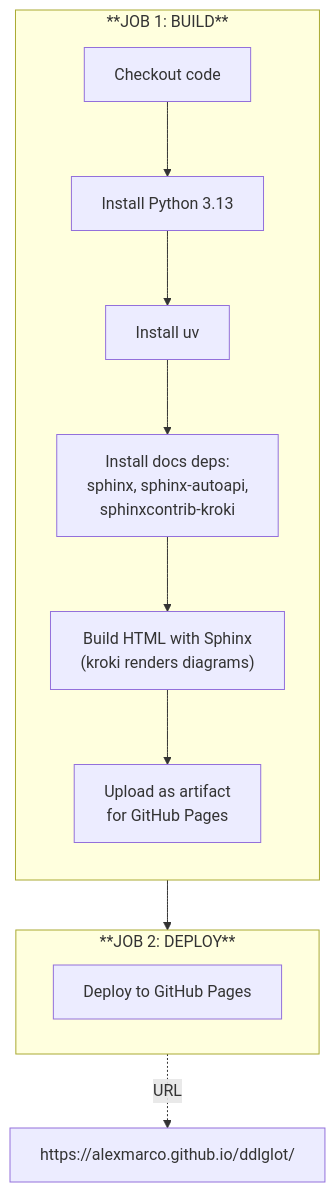
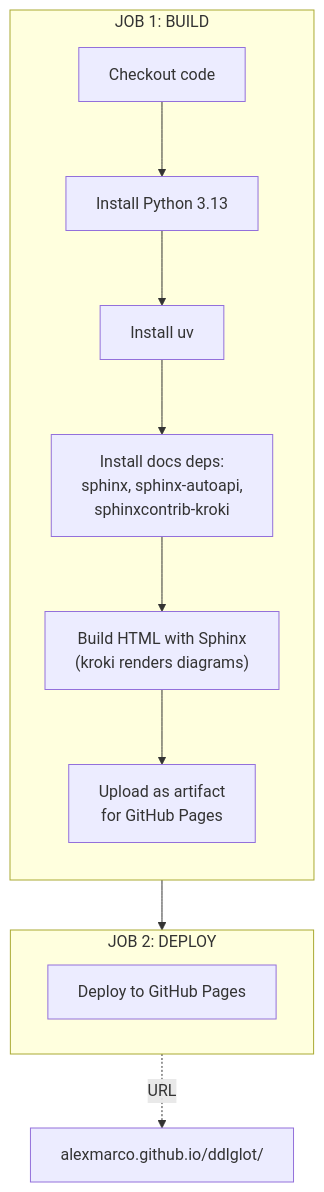
The third of 7 diagrams in CICD_ARCHITECTURE.md (alexmarco/ddlglot), drawn with Mermaid before and after one commit. The commit also changed other lines of this file, not shown here.

First line of the commit message:
fix(docs): correct Mermaid syntax for GitHub rendering

````diff
--- a/CICD_ARCHITECTURE.md
+++ b/CICD_ARCHITECTURE.md
@@ -103,19 +103,19 @@
 ```mermaid
 flowchart TB
-    subgraph BUILD["**JOB 1: BUILD**"]
+    subgraph BUILD["JOB 1: BUILD"]
         direction TB
         A1["Checkout code"] --> A2["Install Python 3.13"]
         A2 --> A3["Install uv"]
-        A3 --> A4["Install docs deps:\nsphinx, sphinx-autoapi,\nsphinxcontrib-kroki"]
-        A4 --> A5["Build HTML with Sphinx\n(kroki renders diagrams)"]
-        A5 --> A6["Upload as artifact\nfor GitHub Pages"]
+        A3 --> A4["Install docs deps:<br/>sphinx, sphinx-autoapi,<br/>sphinxcontrib-kroki"]
+        A4 --> A5["Build HTML with Sphinx<br/>(kroki renders diagrams)"]
+        A5 --> A6["Upload as artifact<br/>for GitHub Pages"]
     end
 
     BUILD --> DEPLOY
 
-    subgraph DEPLOY["**JOB 2: DEPLOY**"]
+    subgraph DEPLOY["JOB 2: DEPLOY"]
         D1["Deploy to GitHub Pages"]
     end
 
-    DEPLOY -.->|"URL"| URL["https://alexmarco.github.io/ddlglot/"]
+    DEPLOY -.->|"URL"| URL["alexmarco.github.io/ddlglot/"]
 ```
````
